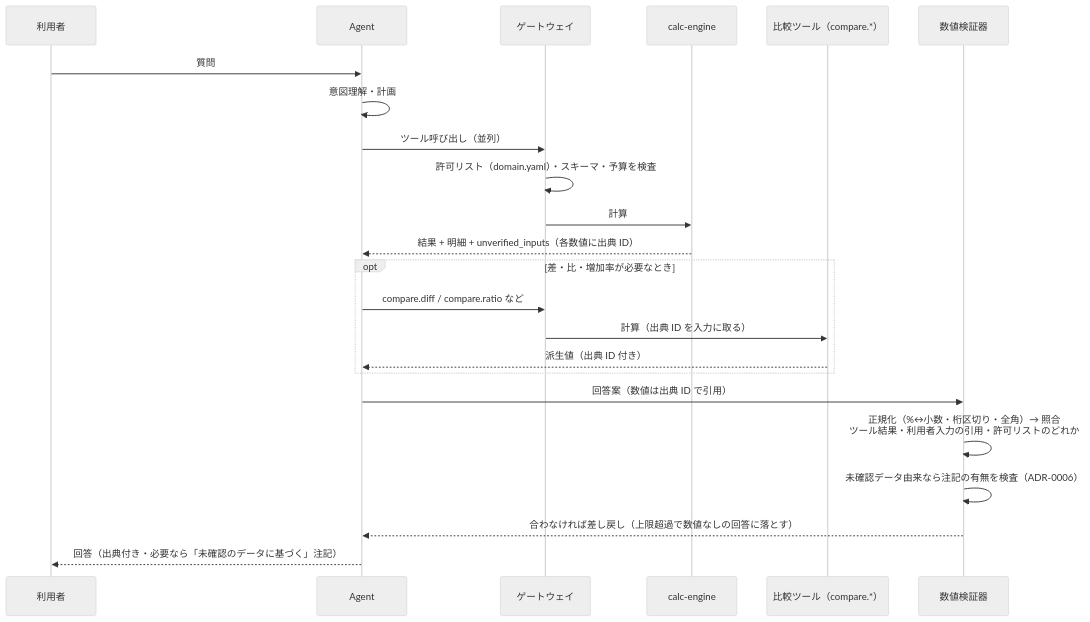
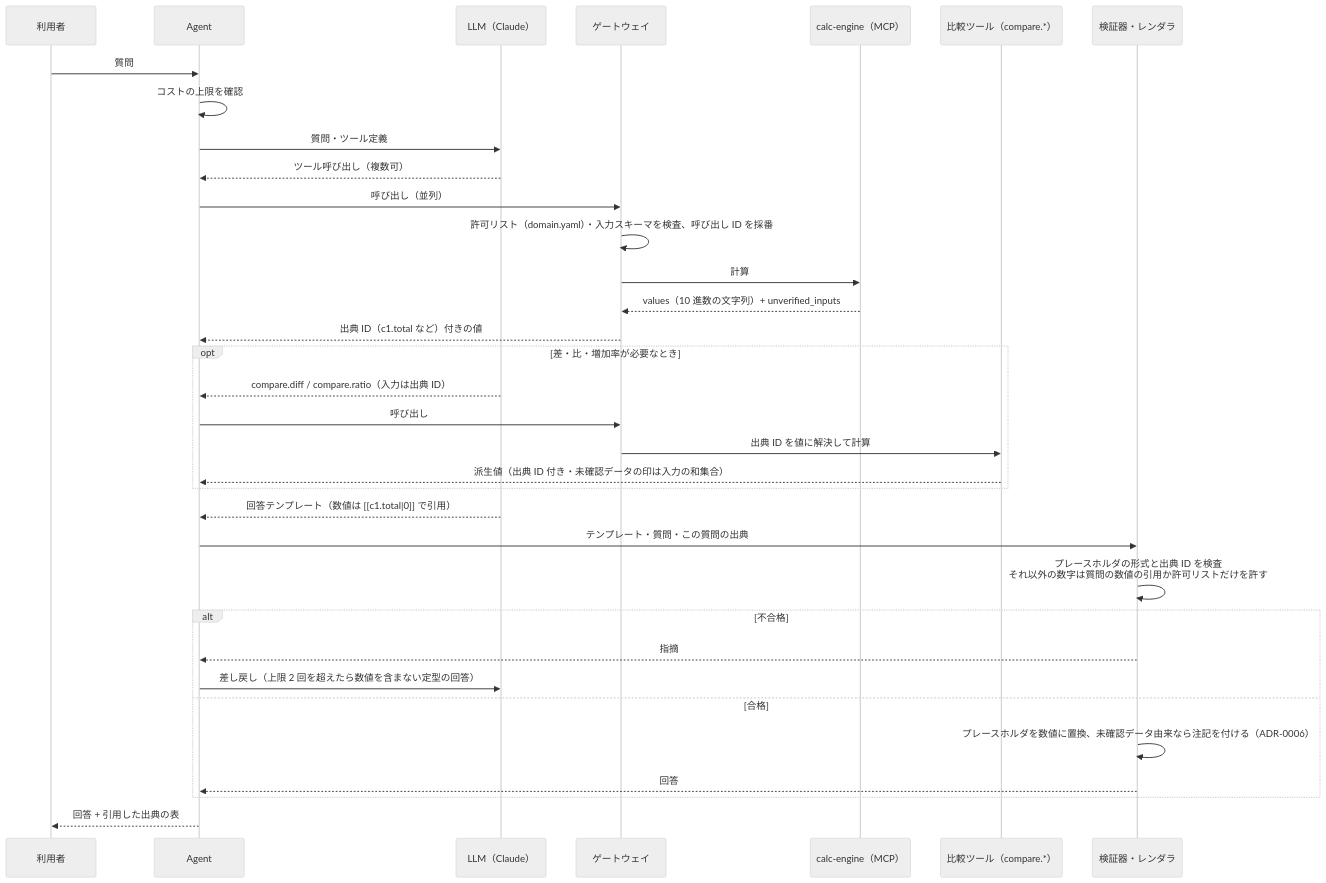
One commit to hexinlong9981/echolab changed the second of 2 diagrams in docs/architecture.md. Above: the diagram before and after it, drawn with Mermaid (neutral theme). The commit also changed other lines of this file and 78 other files, not shown here.

````diff
--- a/docs/architecture.md
+++ b/docs/architecture.md
@@ -43,25 +45,36 @@
 ```mermaid
 sequenceDiagram
   participant U as 利用者
   participant A as Agent
+  participant L as LLM（Claude）
   participant G as ゲートウェイ
-  participant C as calc-engine
+  participant C as calc-engine（MCP）
   participant K as 比較ツール（compare.*）
-  participant V as 数値検証器
+  participant V as 検証器・レンダラ
   U->>A: 質問
-  A->>A: 意図理解・計画
-  A->>G: ツール呼び出し（並列）
-  G->>G: 許可リスト（domain.yaml）・スキーマ・予算を検査
+  A->>A: コストの上限を確認
+  A->>L: 質問・ツール定義
+  L-->>A: ツール呼び出し（複数可）
+  A->>G: 呼び出し（並列）
+  G->>G: 許可リスト（domain.yaml）・入力スキーマを検査、呼び出し ID を採番
   G->>C: 計算
-  C-->>A: 結果 + 明細 + unverified_inputs（各数値に出典 ID）
+  C-->>G: values（10 進数の文字列）+ unverified_inputs
+  G-->>A: 出典 ID（c1.total など）付きの値
   opt 差・比・増加率が必要なとき
-    A->>G: compare.diff / compare.ratio など
-    G->>K: 計算（出典 ID を入力に取る）
-    K-->>A: 派生値（出典 ID 付き）
+    L-->>A: compare.diff / compare.ratio（入力は出典 ID）
+    A->>G: 呼び出し
+    G->>K: 出典 ID を値に解決して計算
+    K-->>A: 派生値（出典 ID 付き・未確認データの印は入力の和集合）
   end
-  A->>V: 回答案（数値は出典 ID で引用）
-  V->>V: 正規化（%↔小数・桁区切り・全角）→ 照合<br/>ツール結果・利用者入力の引用・許可リストのどれか
-  V->>V: 未確認データ由来なら注記の有無を検査（ADR-0006）
-  V-->>A: 合わなければ差し戻し（上限超過で数値なしの回答に落とす）
-  A-->>U: 回答（出典付き・必要なら「未確認のデータに基づく」注記）
+  L-->>A: 回答テンプレート（数値は [[c1.total|0]] で引用）
+  A->>V: テンプレート・質問・この質問の出典
+  V->>V: プレースホルダの形式と出典 ID を検査<br/>それ以外の数字は質問の数値の引用か許可リストだけを許す
+  alt 不合格
+    V-->>A: 指摘
+    A->>L: 差し戻し（上限 2 回を超えたら数値を含まない定型の回答）
+  else 合格
+    V->>V: プレースホルダを数値に置換、未確認データ由来なら注記を付ける（ADR-0006）
+    V-->>A: 回答
+  end
+  A-->>U: 回答 + 引用した出典の表
 ```
````
